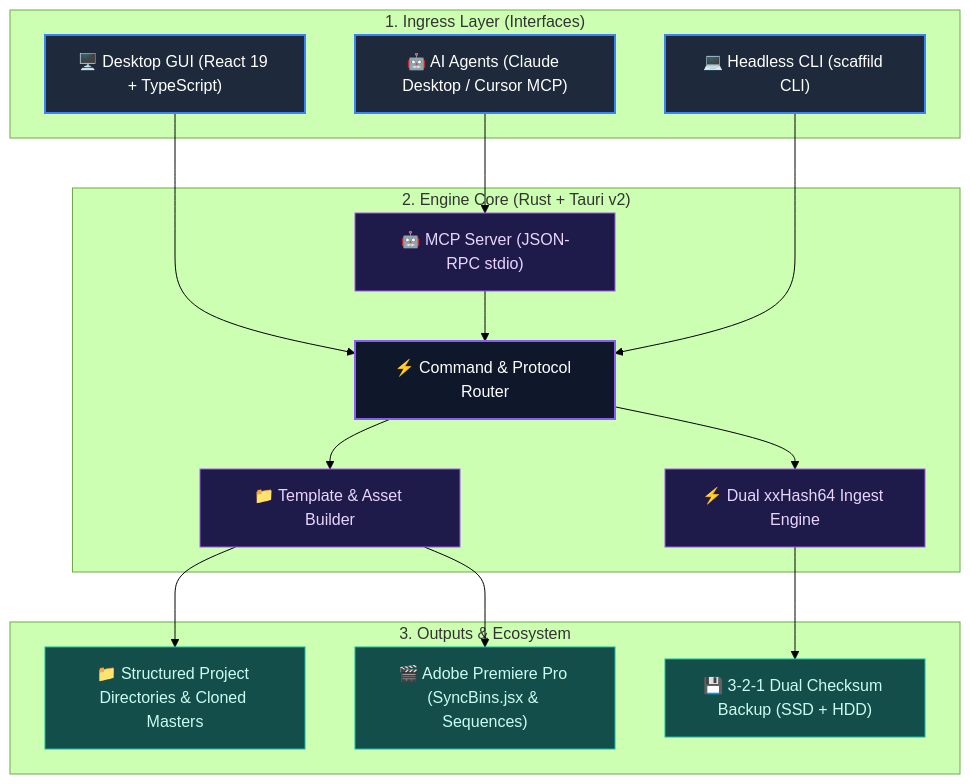
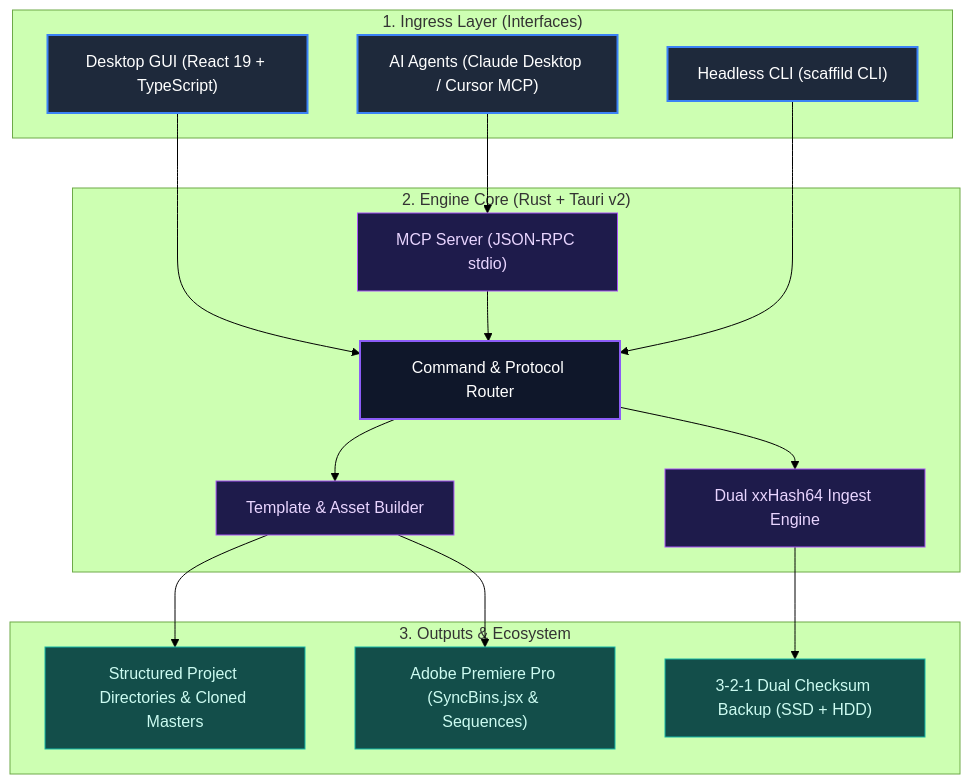
One commit to kcoaguila-dev/scaffild changed the diagram in README.md. Above: the diagram before and after it, drawn with Mermaid (forest theme). The commit also changed other lines of this file and 2 other files, not shown here.

````diff
--- a/README.md
+++ b/README.md
@@ -36,38 +36,38 @@
 ```mermaid
 graph TD
     classDef client fill:#1e293b,stroke:#3b82f6,stroke-width:2px,color:#fff;
     classDef core fill:#0f172a,stroke:#8b5cf6,stroke-width:2px,color:#fff;
     classDef engine fill:#1e1b4b,stroke:#a855f7,stroke-width:1px,color:#e9d5ff;
     classDef output fill:#134e4a,stroke:#14b8a6,stroke-width:1px,color:#ccfbf1;
 
     subgraph INGRESS["1. Ingress Layer (Interfaces)"]
-        UI["🖥️ Desktop GUI (React 19 + TypeScript)"]:::client
-        AI["🤖 AI Agents (Claude Desktop / Cursor MCP)"]:::client
-        CLI["💻 Headless CLI (scaffild CLI)"]:::client
+        UI["Desktop GUI (React 19 + TypeScript)"]:::client
+        AI["AI Agents (Claude Desktop / Cursor MCP)"]:::client
+        CLI["Headless CLI (scaffild CLI)"]:::client
     end
 
     subgraph CORE["2. Engine Core (Rust + Tauri v2)"]
-        ROUTER["⚡ Command & Protocol Router"]:::core
-        MCP["🤖 MCP Server (JSON-RPC stdio)"]:::engine
-        SCAFFOLD["📁 Template & Asset Builder"]:::engine
-        DIT["⚡ Dual xxHash64 Ingest Engine"]:::engine
+        ROUTER["Command & Protocol Router"]:::core
+        MCP["MCP Server (JSON-RPC stdio)"]:::engine
+        SCAFFOLD["Template & Asset Builder"]:::engine
+        DIT["Dual xxHash64 Ingest Engine"]:::engine
     end
 
     subgraph EGRESS["3. Outputs & Ecosystem"]
-        FILES["📁 Structured Project Directories & Cloned Masters"]:::output
-        STORAGE["💾 3-2-1 Dual Checksum Backup (SSD + HDD)"]:::output
-        PREMIERE["🎬 Adobe Premiere Pro (SyncBins.jsx & Sequences)"]:::output
+        FILES["Structured Project Directories & Cloned Masters"]:::output
+        STORAGE["3-2-1 Dual Checksum Backup (SSD + HDD)"]:::output
+        PREMIERE["Adobe Premiere Pro (SyncBins.jsx & Sequences)"]:::output
     end
 
     UI --> ROUTER
     AI --> MCP
     CLI --> ROUTER
     MCP --> ROUTER
 
     ROUTER --> SCAFFOLD
     ROUTER --> DIT
 
     SCAFFOLD --> FILES
     SCAFFOLD --> PREMIERE
     DIT --> STORAGE
 ```
````
